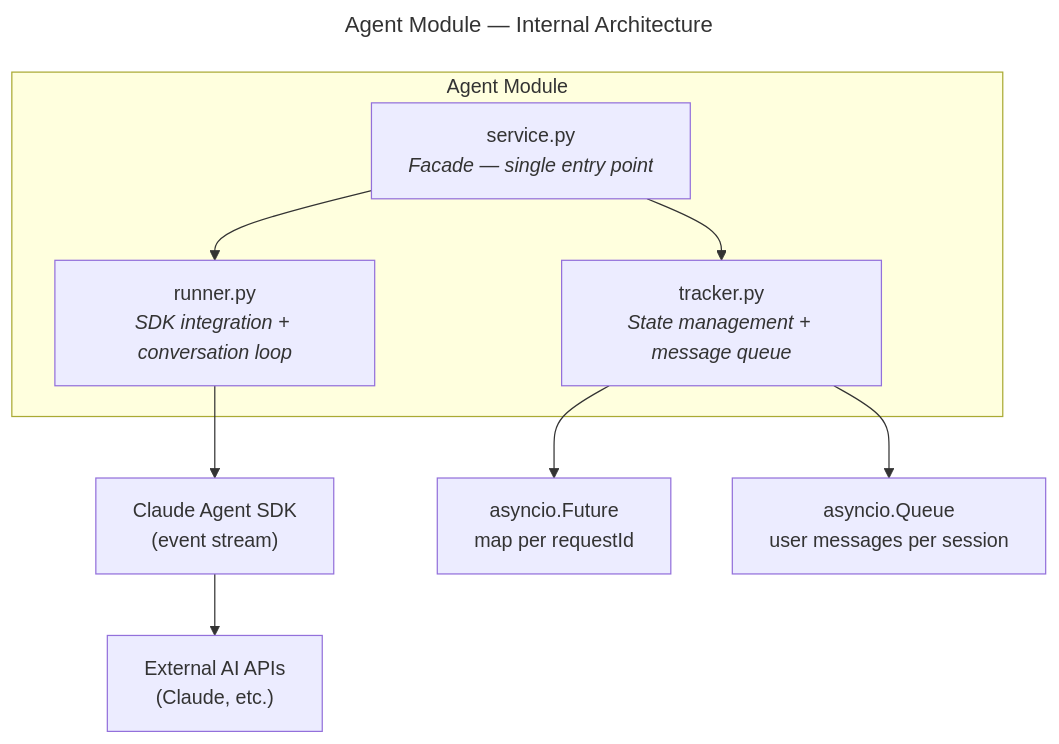
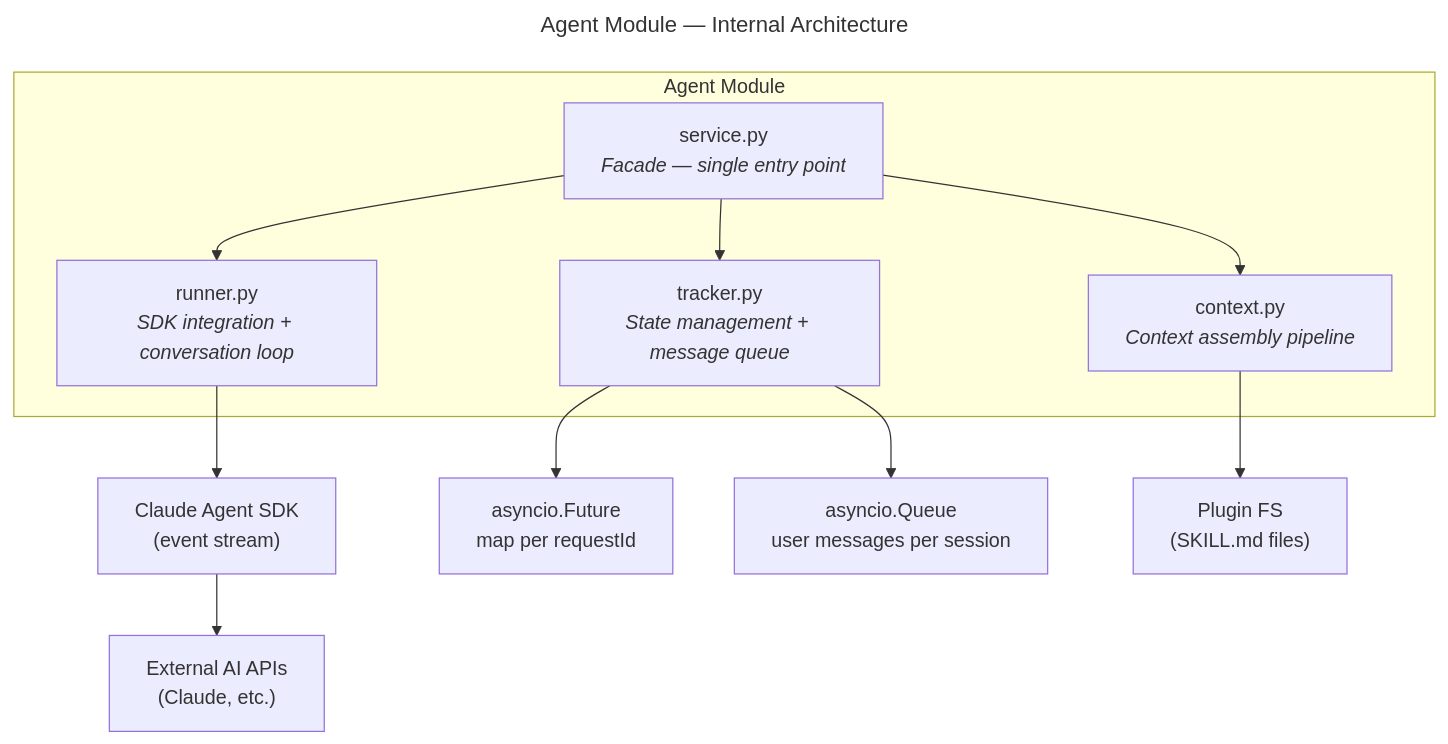
The diagram in backend/app/agent/README.md (JetBrains/thinkrail), drawn with Mermaid before and after one commit. The commit also changed other lines of this file and 13 other files, not shown here.

First line of the commit message:
Add context assembly pipeline and wire skillId end-to-end

````diff
--- a/backend/app/agent/README.md
+++ b/backend/app/agent/README.md
@@ -107,22 +108,26 @@
 ```mermaid
 ---
 title: Agent Module — Internal Architecture
 ---
 graph TD
     subgraph AgentModule["Agent Module"]
         Service["service.py<br/><i>Facade — single entry point</i>"]
+        Context["context.py<br/><i>Context assembly pipeline</i>"]
         Runner["runner.py<br/><i>SDK integration + conversation loop</i>"]
         Tracker["tracker.py<br/><i>State management + message queue</i>"]
     end
 
     SDK["Claude Agent SDK<br/>(event stream)"]
     AI["External AI APIs<br/>(Claude, etc.)"]
     Futures["asyncio.Future<br/>map per requestId"]
     Queue["asyncio.Queue<br/>user messages per session"]
+    PluginFS["Plugin FS<br/>(SKILL.md files)"]
 
+    Service --> Context
     Service --> Runner
     Service --> Tracker
+    Context --> PluginFS
     Runner --> SDK --> AI
     Tracker --> Futures
     Tracker --> Queue
 ```
````
